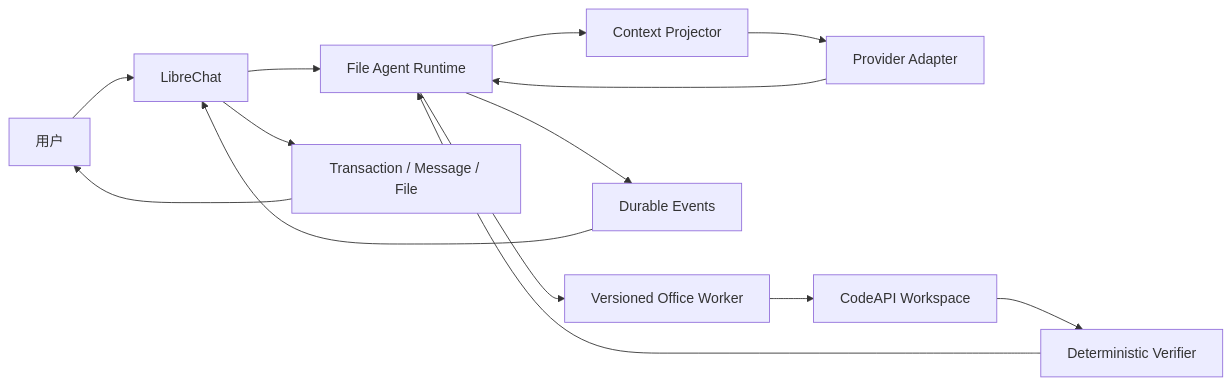
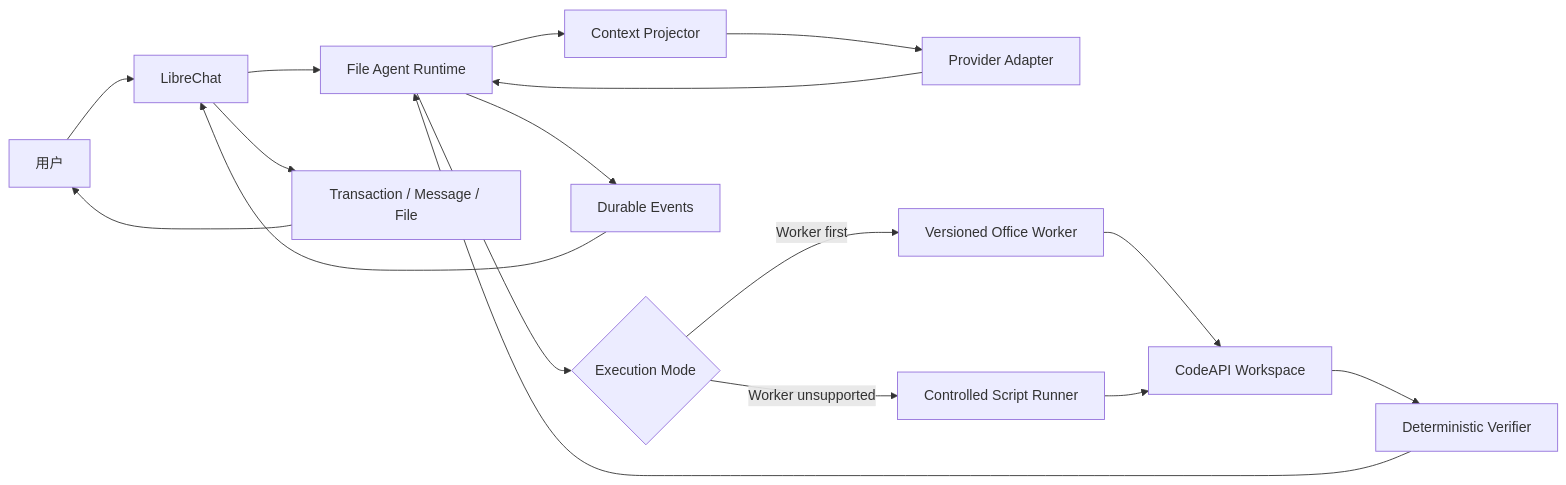
Before and after one commit to Jetson998/librechat: the diagram in docs/FILE_AGENT_RUNTIME_IMPLEMENTATION_REQUIREMENTS.md, drawn with Mermaid. The commit also changed other lines of this file and 3 other files, not shown here.

````diff
--- a/docs/FILE_AGENT_RUNTIME_IMPLEMENTATION_REQUIREMENTS.md
+++ b/docs/FILE_AGENT_RUNTIME_IMPLEMENTATION_REQUIREMENTS.md
@@ -82,16 +88,19 @@
 ```mermaid
 flowchart LR
     U["用户"] --> LC["LibreChat"]
     LC --> RT["File Agent Runtime"]
     RT --> CP["Context Projector"]
     CP --> MP["Provider Adapter"]
     MP --> RT
-    RT --> WW["Versioned Office Worker"]
+    RT --> XM{"Execution Mode"}
+    XM -->|"Worker first"| WW["Versioned Office Worker"]
+    XM -->|"Worker unsupported"| SR["Controlled Script Runner"]
     WW --> CA["CodeAPI Workspace"]
+    SR --> CA
     CA --> VV["Deterministic Verifier"]
     VV --> RT
     RT --> EV["Durable Events"]
     EV --> LC
     LC --> DB["Transaction / Message / File"]
     DB --> U
 ```
````
